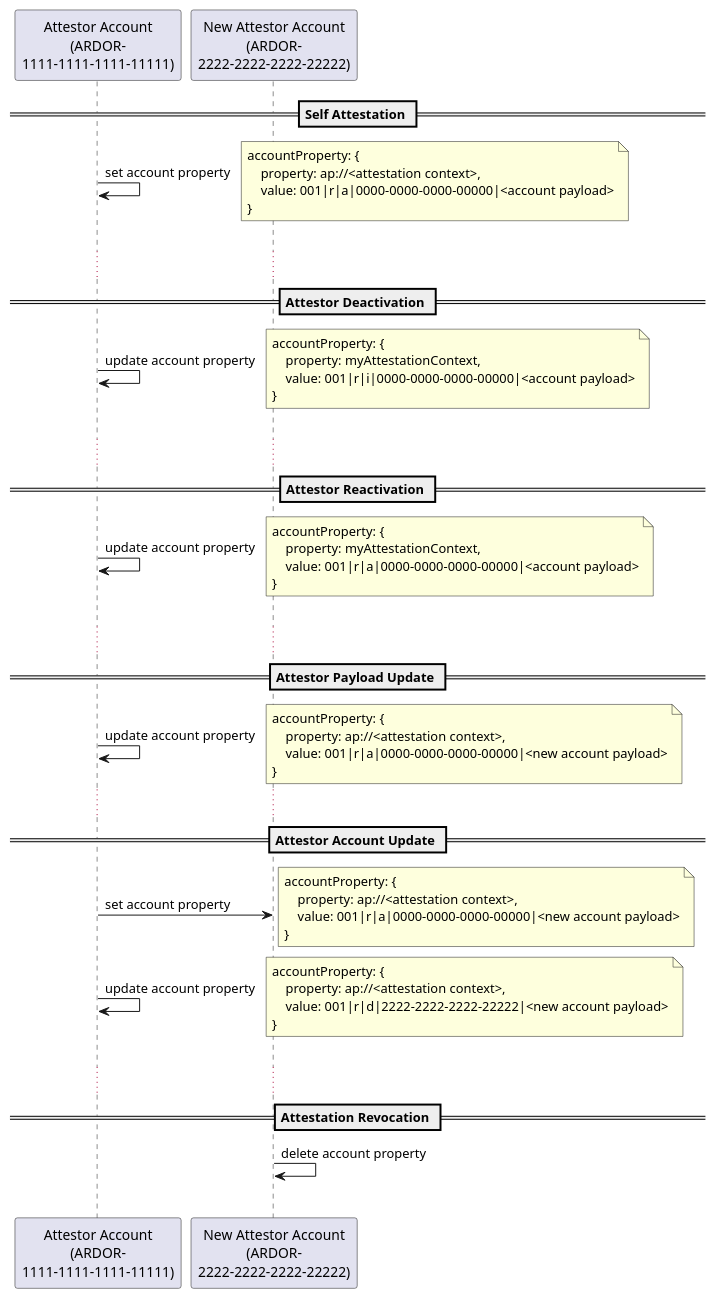
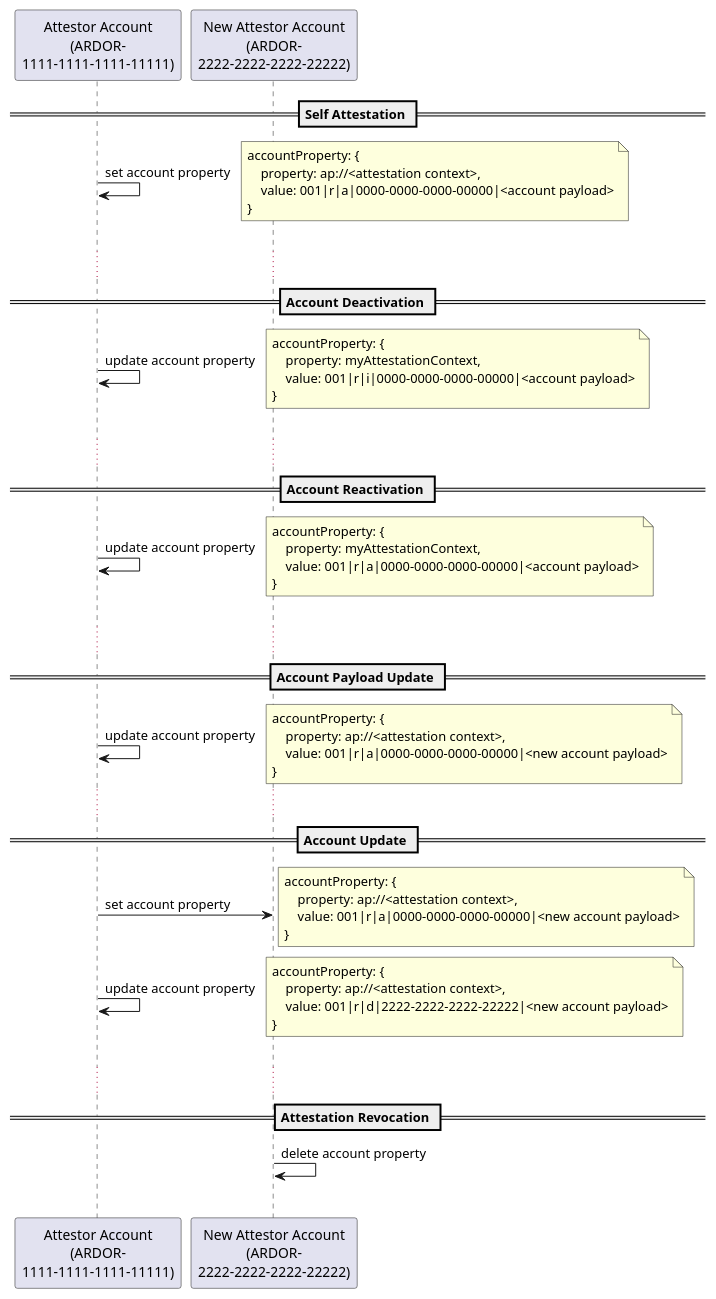
Before and after one commit to masterbtc/documentation-1: the diagram in docs/plantUml/src/attestation-protocol/protocol-self-attestation-workflow.puml, drawn with PlantUML. The commit also changed 8 other files, not shown here.

```diff
--- a/docs/plantUml/src/attestation-protocol/protocol-self-attestation-workflow.puml
+++ b/docs/plantUml/src/attestation-protocol/protocol-self-attestation-workflow.puml
@@ -1,87 +1,87 @@
 @startuml
 
 
 participant "Attestor Account\n(ARDOR-\n1111-1111-1111-11111)" as ATTE
 participant "New Attestor Account\n(ARDOR-\n2222-2222-2222-22222)" as NATTE
 
 
 == Self Attestation ==
 
 ATTE -> ATTE: set account property
 note right
     accountProperty: {
         property: ap://<attestation context>,
         value: 001|r|a|0000-0000-0000-00000|<account payload>
     }
 end note
 |||
 
 
 ...
-== Attestor Deactivation ==
+== Account Deactivation ==
 
 ATTE -> ATTE: update account property
 note right
     accountProperty: {
         property: myAttestationContext,
         value: 001|r|i|0000-0000-0000-00000|<account payload>
     }
 end note
 |||
 
 
 ...
-== Attestor Reactivation ==
+== Account Reactivation ==
 
 ATTE -> ATTE: update account property
 note right
     accountProperty: {
         property: myAttestationContext,
         value: 001|r|a|0000-0000-0000-00000|<account payload>
     }
 end note
 |||
 
 
 ...
-== Attestor Payload Update ==
+== Account Payload Update ==
 
 ATTE -> ATTE: update account property
 note right
     accountProperty: {
         property: ap://<attestation context>,
         value: 001|r|a|0000-0000-0000-00000|<new account payload>
     }
 end note
 
 
 ...
-== Attestor Account Update ==
+== Account Update ==
 
 ATTE -> NATTE: set account property
 note right
     accountProperty: {
         property: ap://<attestation context>,
         value: 001|r|a|0000-0000-0000-00000|<new account payload>
     }
 end note
 
 
 ATTE -> ATTE: update account property
 note right
     accountProperty: {
         property: ap://<attestation context>,
         value: 001|r|d|2222-2222-2222-22222|<new account payload>
     }
 end note
 |||
 
 
 ...
 == Attestation Revocation ==
 
 NATTE -> NATTE: delete account property
 |||
 
 
 @enduml
```
